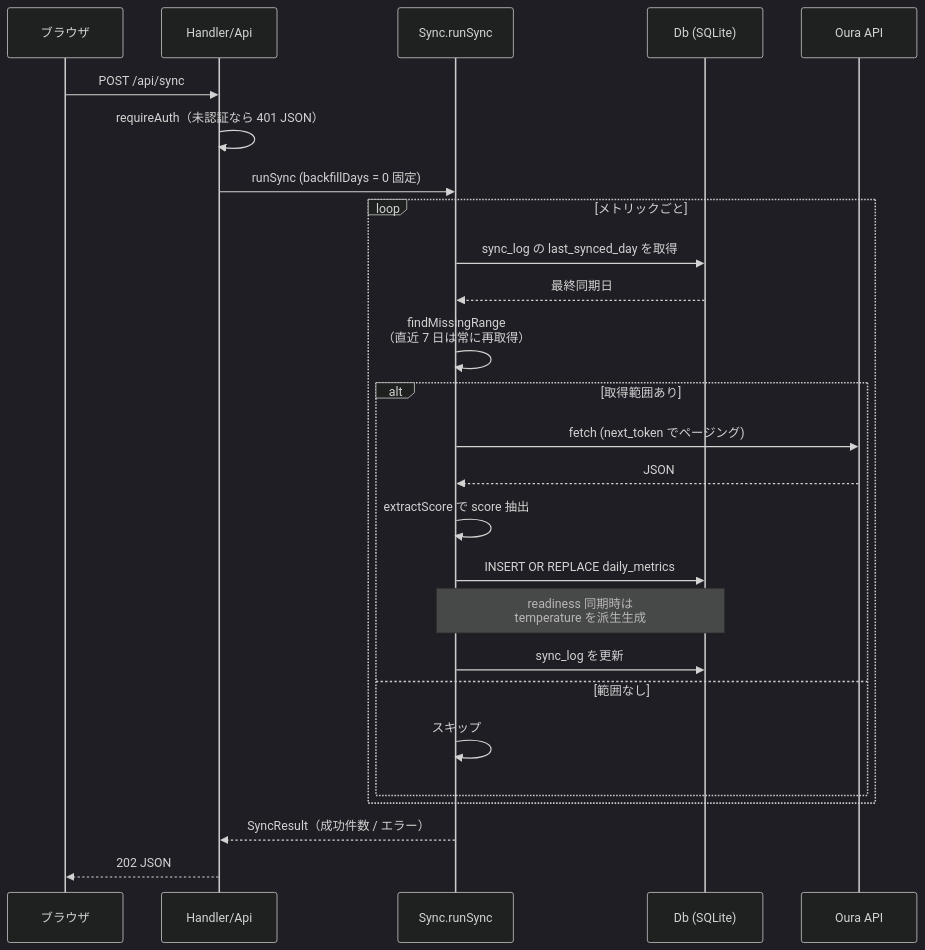
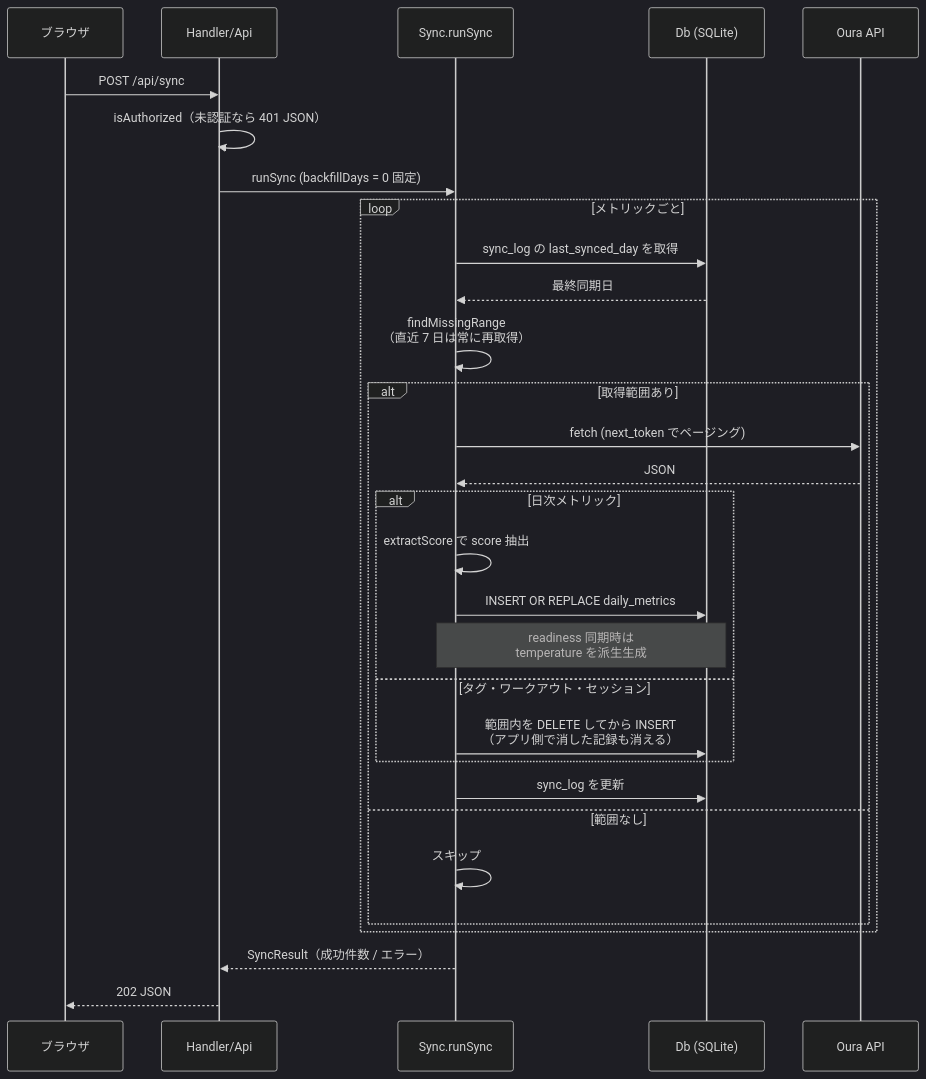
The second of 4 diagrams in docs/code-overview.md (ikuya/oura-dashboard-hs), drawn with Mermaid (dark theme) before and after one commit. The commit also changed other lines of this file, not shown here.

````diff
--- a/docs/code-overview.md
+++ b/docs/code-overview.md
@@ -122,31 +144,35 @@
 ```mermaid
 sequenceDiagram
     participant B as ブラウザ
     participant H as Handler/Api
     participant S as Sync.runSync
     participant D as Db (SQLite)
     participant O as Oura API
 
     B->>H: POST /api/sync
-    H->>H: requireAuth（未認証なら 401 JSON）
+    H->>H: isAuthorized（未認証なら 401 JSON）
     H->>S: runSync (backfillDays = 0 固定)
 
     loop メトリックごと
         S->>D: sync_log の last_synced_day を取得
         D-->>S: 最終同期日
         S->>S: findMissingRange<br/>（直近 7 日は常に再取得）
         alt 取得範囲あり
             S->>O: fetch (next_token でページング)
             O-->>S: JSON
-            S->>S: extractScore で score 抽出
-            S->>D: INSERT OR REPLACE daily_metrics
-            Note over S,D: readiness 同期時は<br/>temperature を派生生成
+            alt 日次メトリック
+                S->>S: extractScore で score 抽出
+                S->>D: INSERT OR REPLACE daily_metrics
+                Note over S,D: readiness 同期時は<br/>temperature を派生生成
+            else タグ・ワークアウト・セッション
+                S->>D: 範囲内を DELETE してから INSERT<br/>（アプリ側で消した記録も消える）
+            end
             S->>D: sync_log を更新
         else 範囲なし
             S->>S: スキップ
         end
     end
 
     S-->>H: SyncResult（成功件数 / エラー）
     H-->>B: 202 JSON
 ```
````
